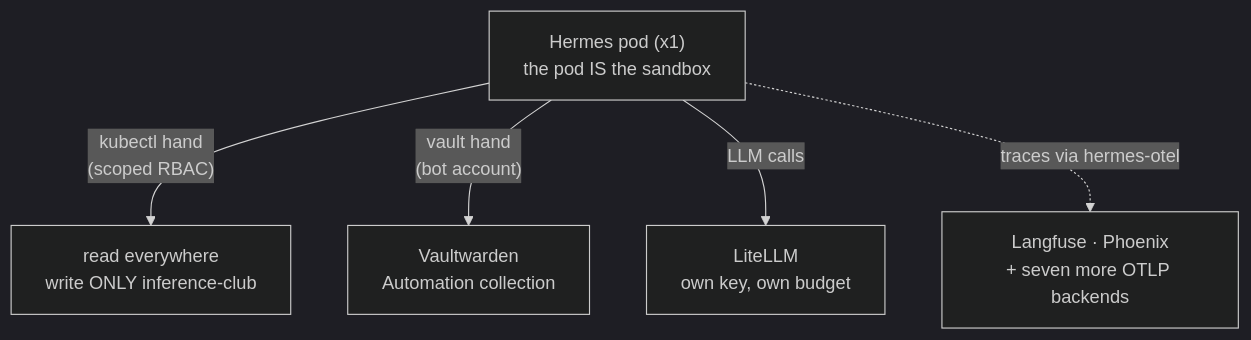
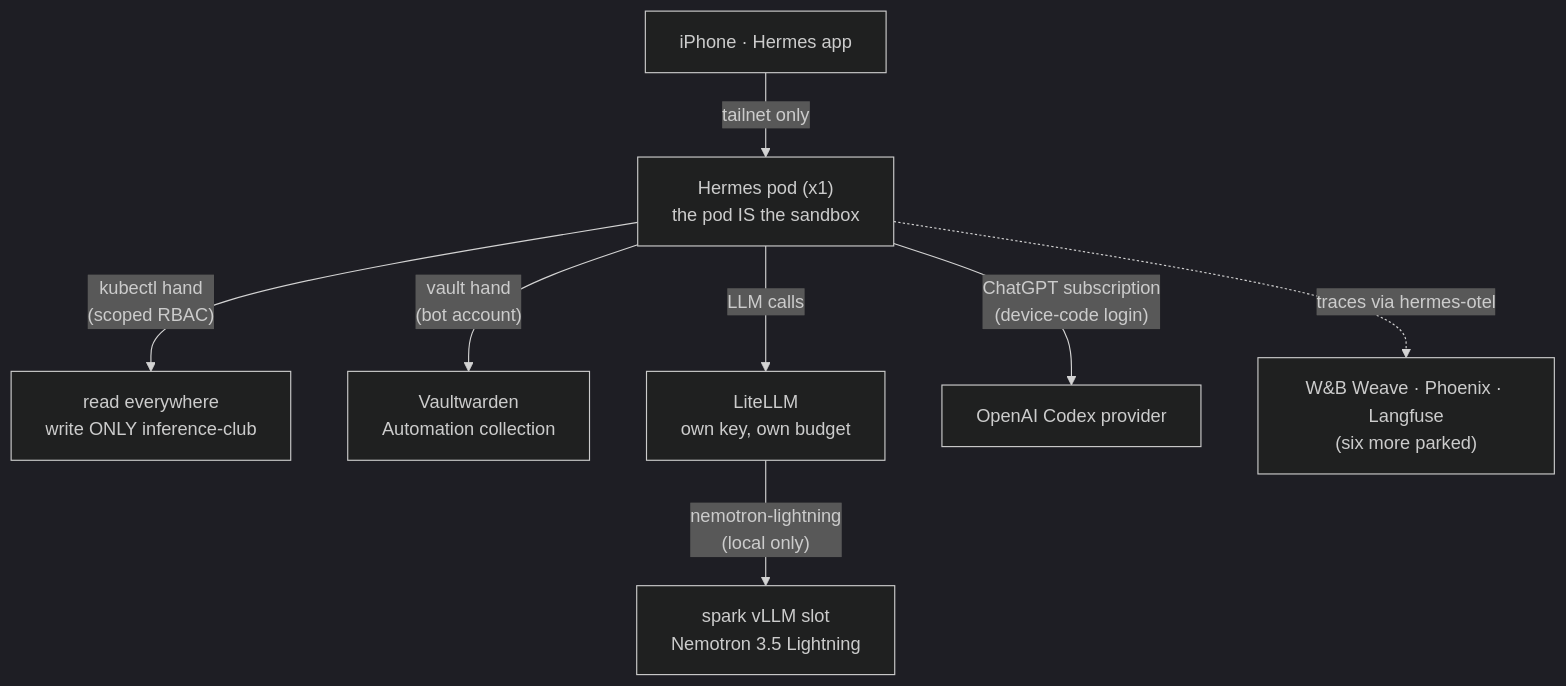
The diagram in docs-site/docs/ai/hermes.md (briancaffey/home-lab), drawn with Mermaid (dark theme) before and after one commit. The commit also changed other lines of this file and 13 other files, not shown here.

First line of the commit message:
docs(site): Hermes v0.23 + iPhone access, local Nemotron Lightning, parked OTel backends

````diff
--- a/docs-site/docs/ai/hermes.md
+++ b/docs-site/docs/ai/hermes.md
@@ -18,8 +20,11 @@
 ```mermaid
 flowchart TD
     H["Hermes pod (x1)<br/>the pod IS the sandbox"]
     H -->|"kubectl hand<br/>(scoped RBAC)"| K["read everywhere<br/>write ONLY inference-club"]
     H -->|"vault hand<br/>(bot account)"| V["Vaultwarden<br/>Automation collection"]
     H -->|"LLM calls"| L["LiteLLM<br/>own key, own budget"]
-    H -.traces via hermes-otel.-> P["Langfuse · Phoenix<br/>+ seven more OTLP backends"]
+    L -->|"nemotron-lightning<br/>(local only)"| S["spark vLLM slot<br/>Nemotron 3.5 Lightning"]
+    H -->|"ChatGPT subscription<br/>(device-code login)"| C["OpenAI Codex provider"]
+    I["iPhone · Hermes app"] -->|"tailnet only"| H
+    H -.traces via hermes-otel.-> P["W&B Weave · Phoenix · Langfuse<br/>(six more parked)"]
 ```
````
